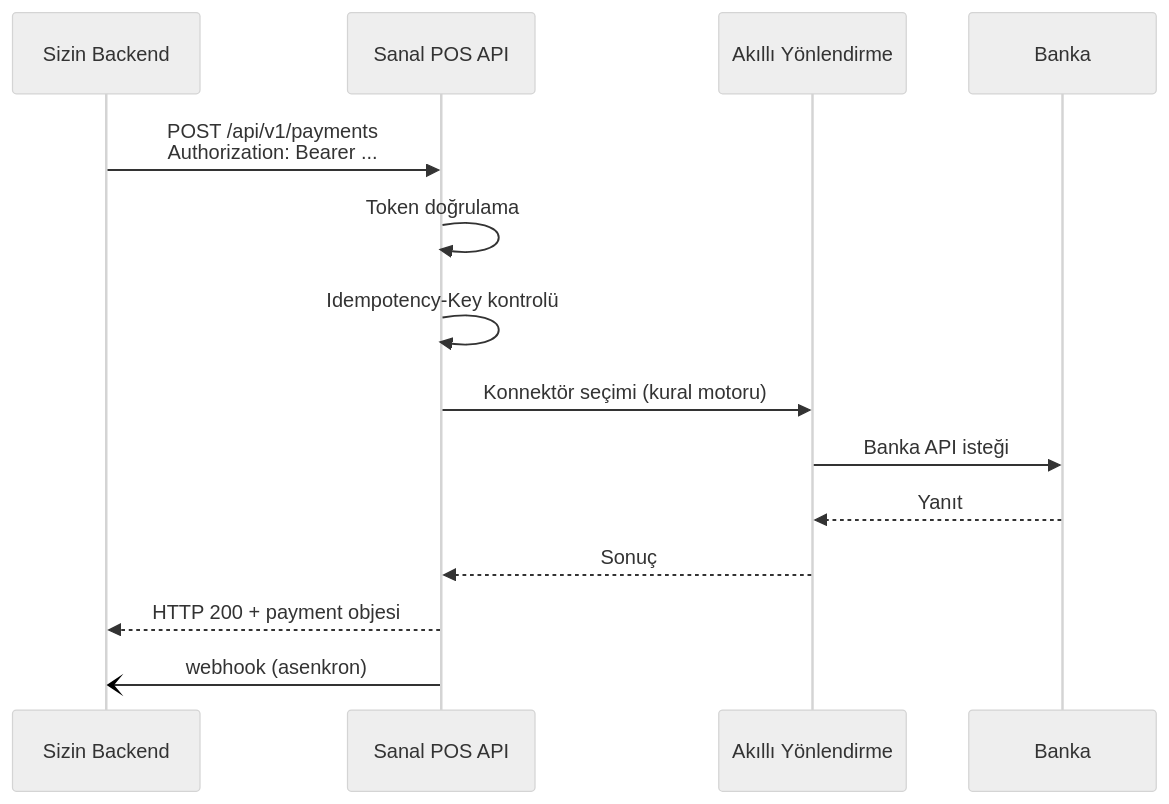
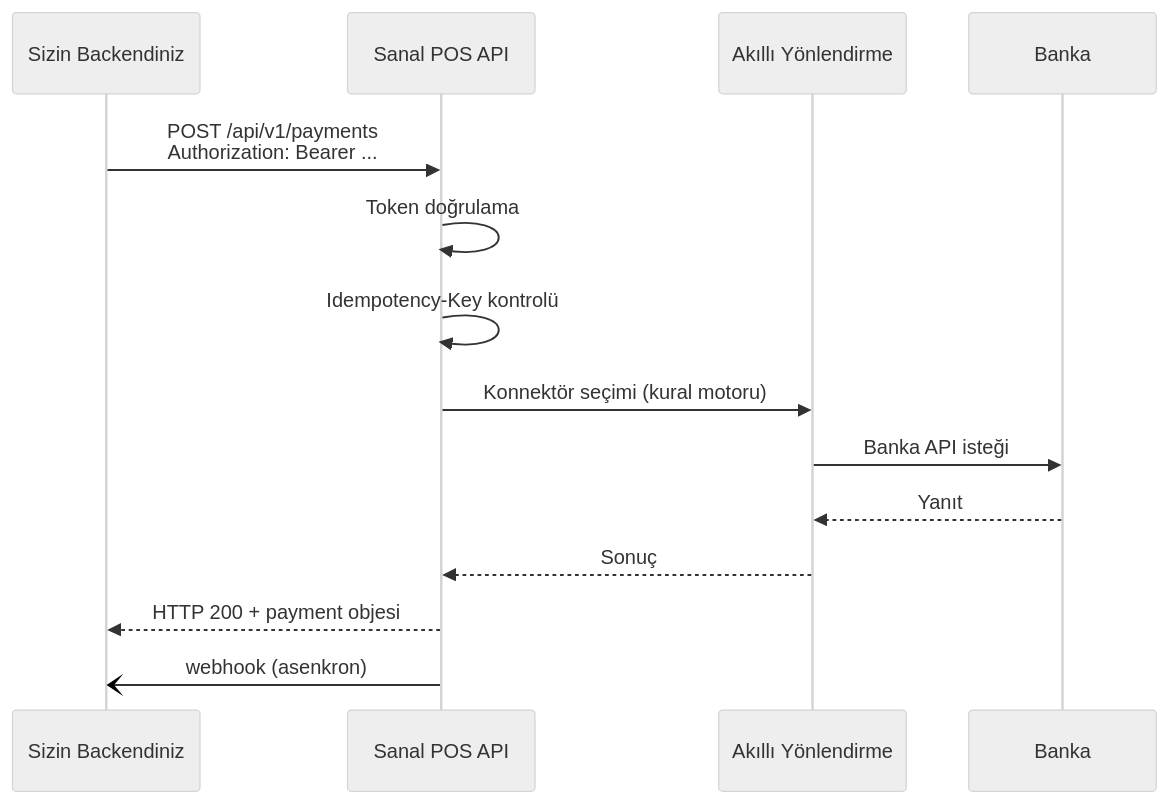
The third of 3 diagrams in documentation/architecture.mdx (payment-pos/mintlify), drawn with Mermaid (neutral theme) before and after one commit. The commit also changed other lines of this file and 19 other files, not shown here.

````diff
--- a/documentation/architecture.mdx
+++ b/documentation/architecture.mdx
@@ -71,17 +69,17 @@
 ```mermaid
 sequenceDiagram
-    participant App as Sizin Backend
+    participant App as Sizin Backendiniz
     participant API as Sanal POS API
     participant Routing as Akıllı Yönlendirme
     participant Bank as Banka
 
     App->>API: POST /api/v1/payments<br/>Authorization: Bearer ...
     API->>API: Token doğrulama
     API->>API: Idempotency-Key kontrolü
     API->>Routing: Konnektör seçimi (kural motoru)
     Routing->>Bank: Banka API isteği
     Bank-->>Routing: Yanıt
     Routing-->>API: Sonuç
     API-->>App: HTTP 200 + payment objesi
     API-)App: webhook (asenkron)
 ```
````
